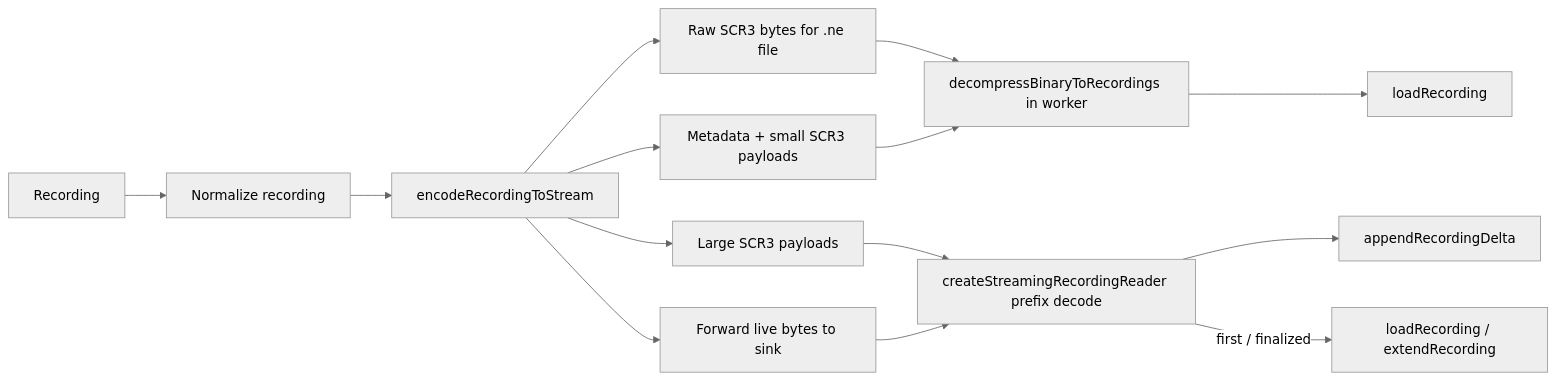
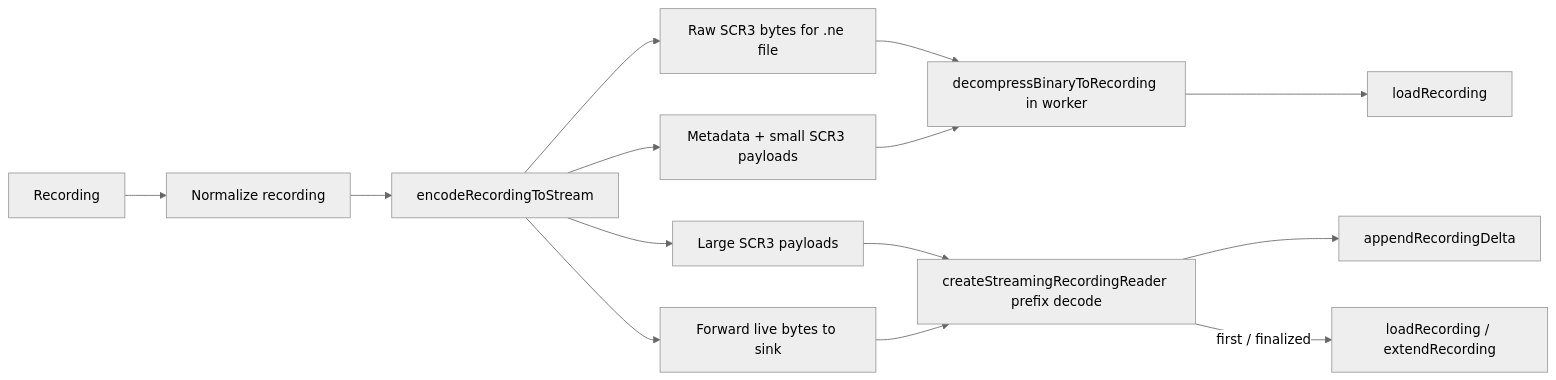
The fourth of 6 diagrams in docs/data-flow.md (channyeintun/next-editor), drawn with Mermaid (neutral theme) before and after one commit. The commit also changed 10 other files, not shown here.

````diff
--- a/docs/data-flow.md
+++ b/docs/data-flow.md
@@ -132,16 +132,16 @@
 ```mermaid
 flowchart LR
     Recording --> Normalize[Normalize recording]
     Normalize --> Encode[encodeRecordingToStream]
     Encode --> NeFile[Raw SCR3 bytes for .ne file]
     Encode --> IndexedDB[Metadata + small SCR3 payloads]
     Encode --> OPFS[Large SCR3 payloads]
     Encode --> Live[Forward live bytes to sink]
-    NeFile --> Decode[decompressBinaryToRecordings in worker]
+    NeFile --> Decode[decompressBinaryToRecording in worker]
     IndexedDB --> Decode
     OPFS --> PrefixDecode
     Live --> PrefixDecode[createStreamingRecordingReader prefix decode]
     Decode --> Load[loadRecording]
     PrefixDecode --> Append[appendRecordingDelta]
     PrefixDecode -->|first / finalized| Extend[loadRecording / extendRecording]
 ```
````
